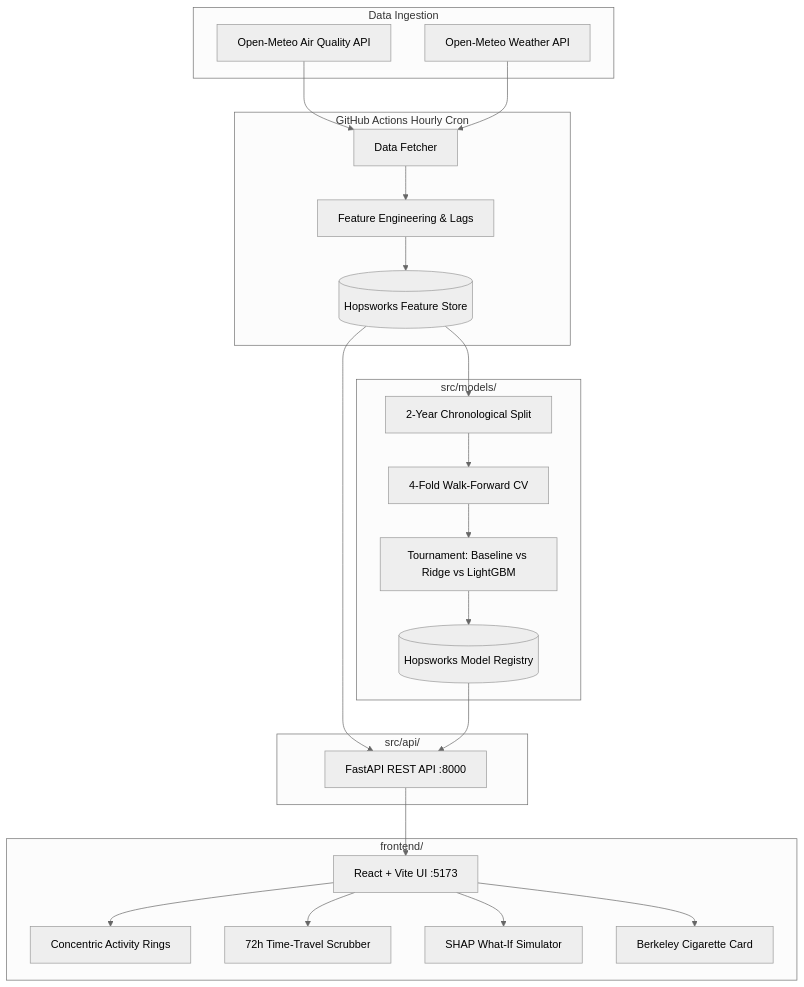
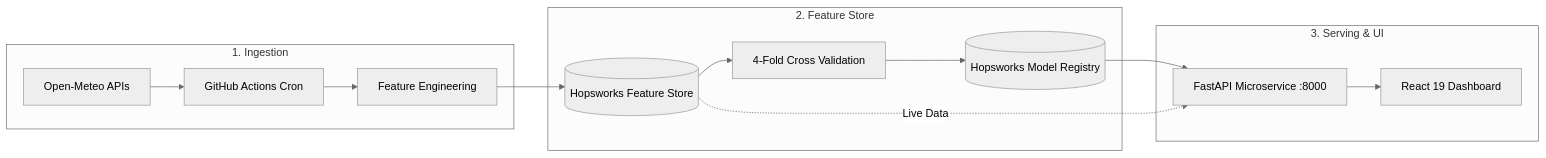
Before and after one commit to SamamaKarim092/Pearls-AQI-Predictor: the diagram in README.md, drawn with Mermaid (neutral theme). The commit also changed other lines of this file, not shown here.

````diff
--- a/README.md
+++ b/README.md
@@ -26,35 +44,19 @@
 ```mermaid
-graph TD
-    subgraph Data Ingestion
-        API1[Open-Meteo Air Quality API]
-        API2[Open-Meteo Weather API]
+graph LR
+    subgraph 1. Ingestion
+        A[Open-Meteo APIs] --> B[GitHub Actions Cron]
+        B --> C[Feature Engineering]
     end
 
-    subgraph Feature Pipeline [GitHub Actions Hourly Cron]
-        A[Data Fetcher] --> B[Feature Engineering & Lags]
-        B --> C[(Hopsworks Feature Store)]
+    subgraph 2. Feature Store
+        C --> D[(Hopsworks Feature Store)]
+        D --> E[4-Fold Cross Validation]
+        E --> F[(Hopsworks Model Registry)]
     end
 
-    subgraph Training Pipeline [src/models/]
-        C --> D[2-Year Chronological Split]
-        D --> E[4-Fold Walk-Forward CV]
-        E --> F[Tournament: Baseline vs Ridge vs LightGBM]
-        F --> G[(Hopsworks Model Registry)]
+    subgraph 3. Serving & UI
+        F --> G[FastAPI Microservice :8000]
+        D -. Live Data .-> G
+        G --> H[React 19 Dashboard]
     end
-
-    subgraph FastAPI Backend [src/api/]
-        C --> H[FastAPI REST API :8000]
-        G --> H
-    end
-
-    subgraph Nordic Slate Frontend [frontend/]
-        H --> I[React + Vite UI :5173]
-        I --> J[Concentric Activity Rings]
-        I --> K[72h Time-Travel Scrubber]
-        I --> L[SHAP What-If Simulator]
-        I --> M[Berkeley Cigarette Card]
-    end
-
-    API1 --> A
-    API2 --> A
 ```
````
